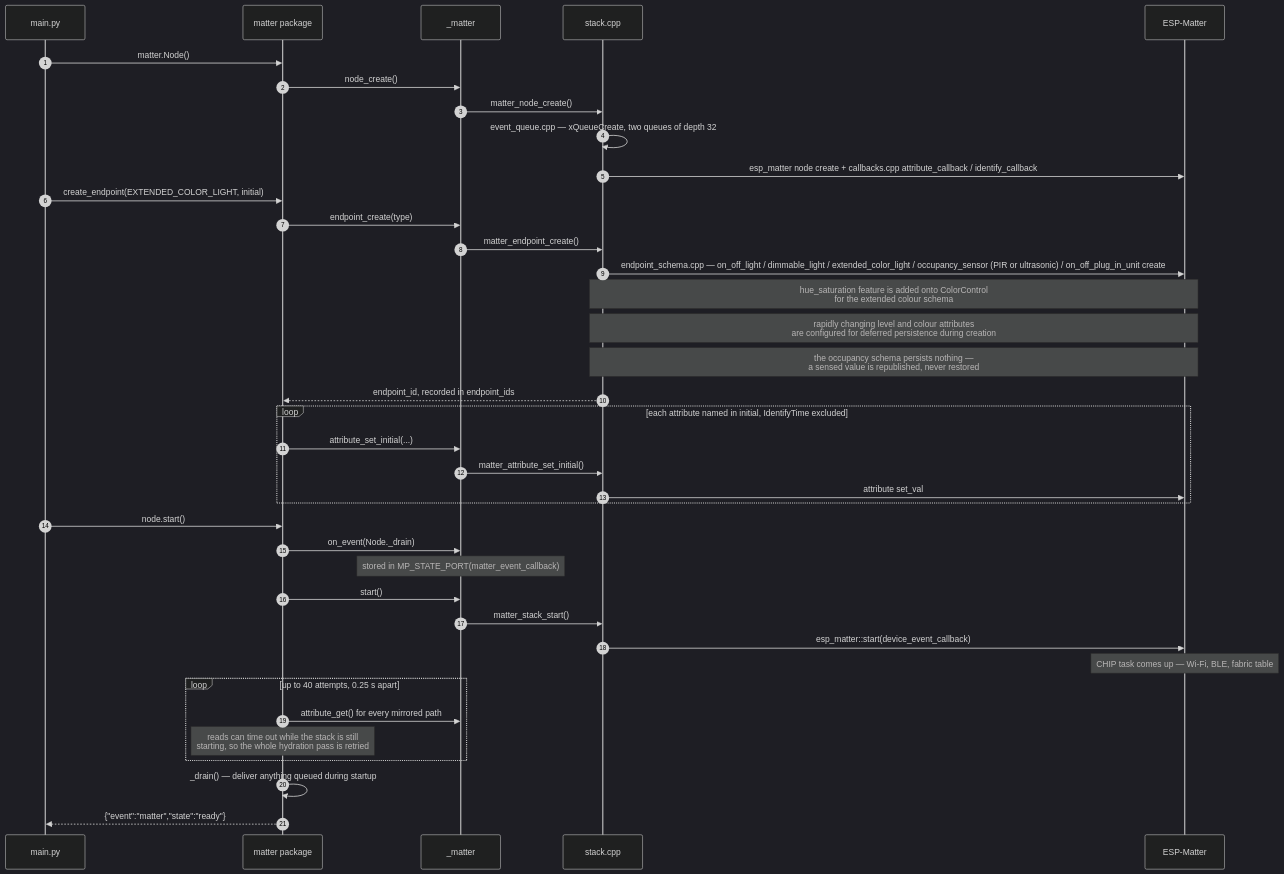
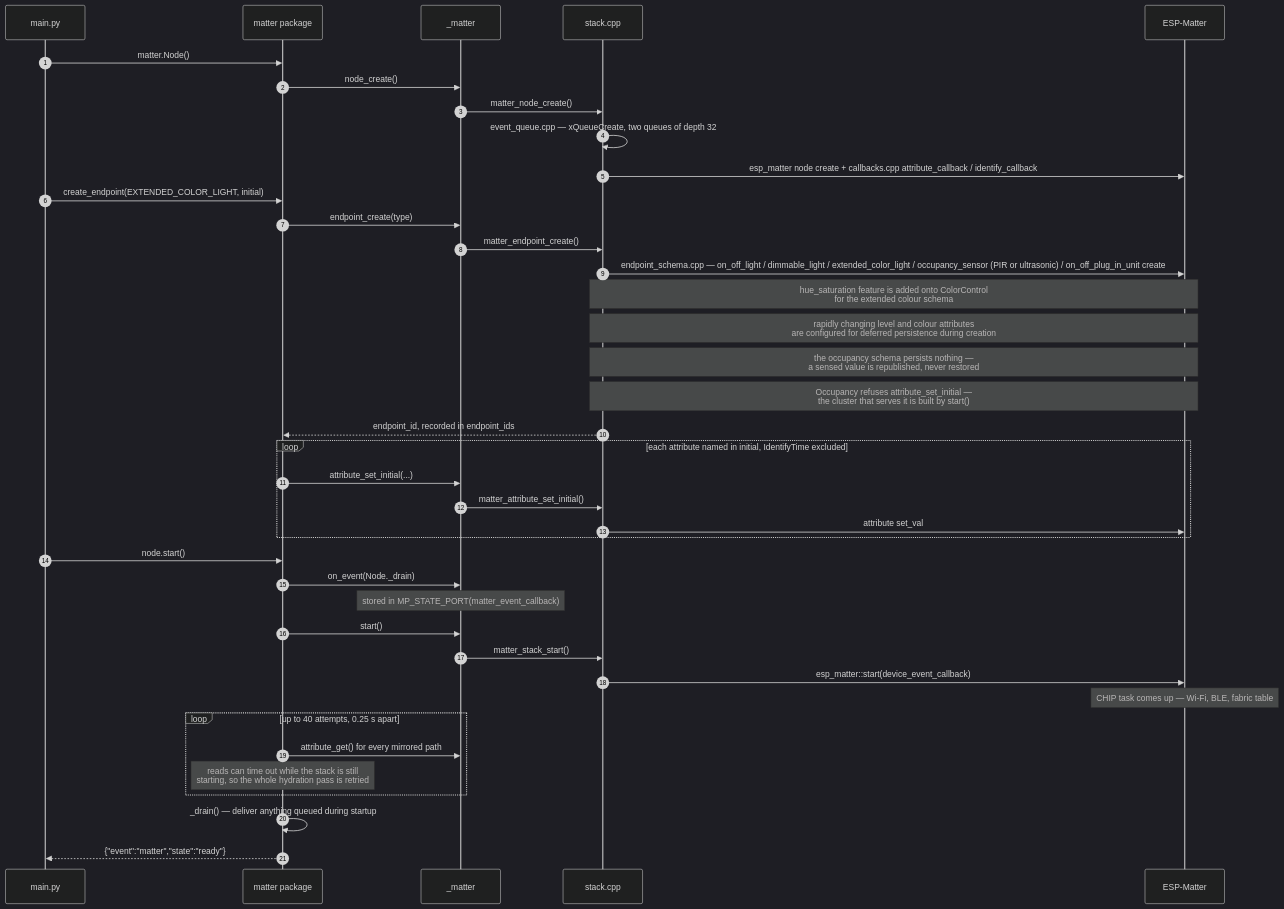
One commit to khlam/micropython-boardfarm changed the second of 5 diagrams in firmware-packages/matter/ARCHITECTURE.md. Above: the diagram before and after it, drawn with Mermaid (dark theme). The commit also changed other lines of this file and 4 other files, not shown here.

````diff
--- a/firmware-packages/matter/ARCHITECTURE.md
+++ b/firmware-packages/matter/ARCHITECTURE.md
@@ -75,43 +75,44 @@
 ```mermaid
 sequenceDiagram
     autonumber
     participant app as main.py
     participant py as matter package
     participant mod as _matter
     participant st as stack.cpp
     participant esp as ESP-Matter
 
     app->>py: matter.Node()
     py->>mod: node_create()
     mod->>st: matter_node_create()
     st->>st: event_queue.cpp — xQueueCreate, two queues of depth 32
     st->>esp: esp_matter node create + callbacks.cpp attribute_callback / identify_callback
 
     app->>py: create_endpoint(EXTENDED_COLOR_LIGHT, initial)
     py->>mod: endpoint_create(type)
     mod->>st: matter_endpoint_create()
     st->>esp: endpoint_schema.cpp — on_off_light / dimmable_light / extended_color_light / occupancy_sensor (PIR or ultrasonic) / on_off_plug_in_unit create
     Note over st,esp: hue_saturation feature is added onto ColorControl<br/>for the extended colour schema
     Note over st,esp: rapidly changing level and colour attributes<br/>are configured for deferred persistence during creation
     Note over st,esp: the occupancy schema persists nothing —<br/>a sensed value is republished, never restored
+    Note over st,esp: Occupancy refuses attribute_set_initial —<br/>the cluster that serves it is built by start()
     st-->>py: endpoint_id, recorded in endpoint_ids
     loop each attribute named in initial, IdentifyTime excluded
         py->>mod: attribute_set_initial(...)
         mod->>st: matter_attribute_set_initial()
         st->>esp: attribute set_val
     end
 
     app->>py: node.start()
     py->>mod: on_event(Node._drain)
     Note over mod: stored in MP_STATE_PORT(matter_event_callback)
     py->>mod: start()
     mod->>st: matter_stack_start()
     st->>esp: esp_matter::start(device_event_callback)
     Note over esp: CHIP task comes up — Wi-Fi, BLE, fabric table
     loop up to 40 attempts, 0.25 s apart
         py->>mod: attribute_get() for every mirrored path
         Note over py: reads can time out while the stack is still<br/>starting, so the whole hydration pass is retried
     end
     py->>py: _drain() — deliver anything queued during startup
     py-->>app: {"event":"matter","state":"ready"}
 ```
````
